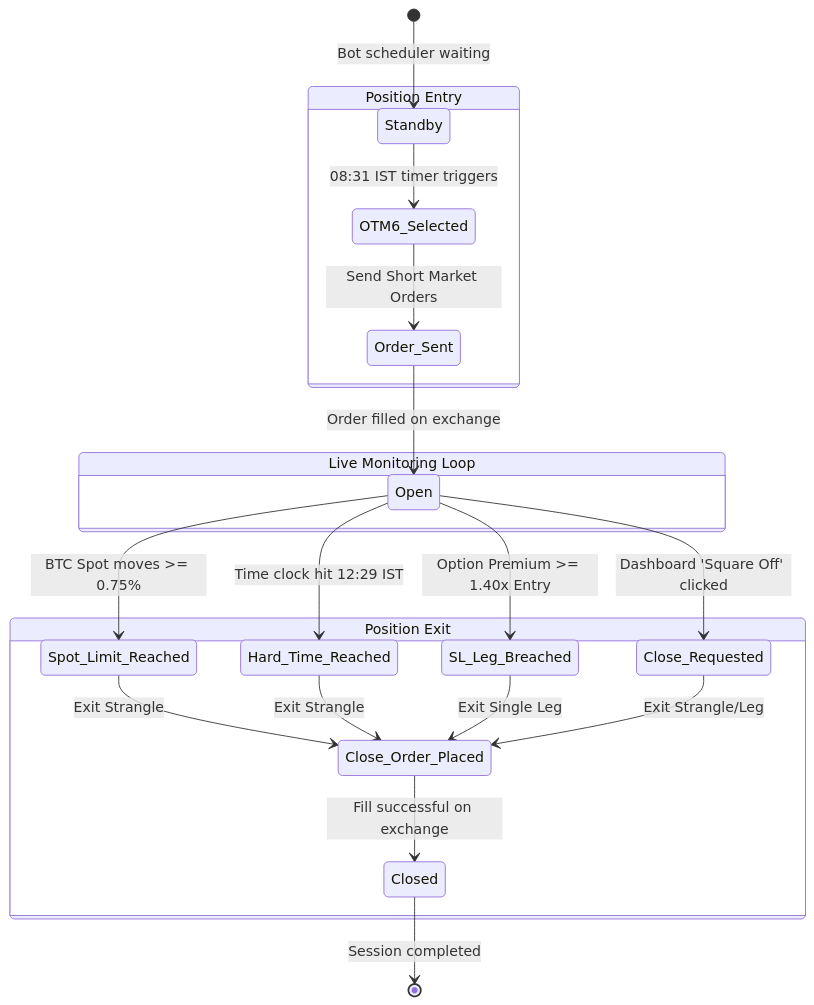
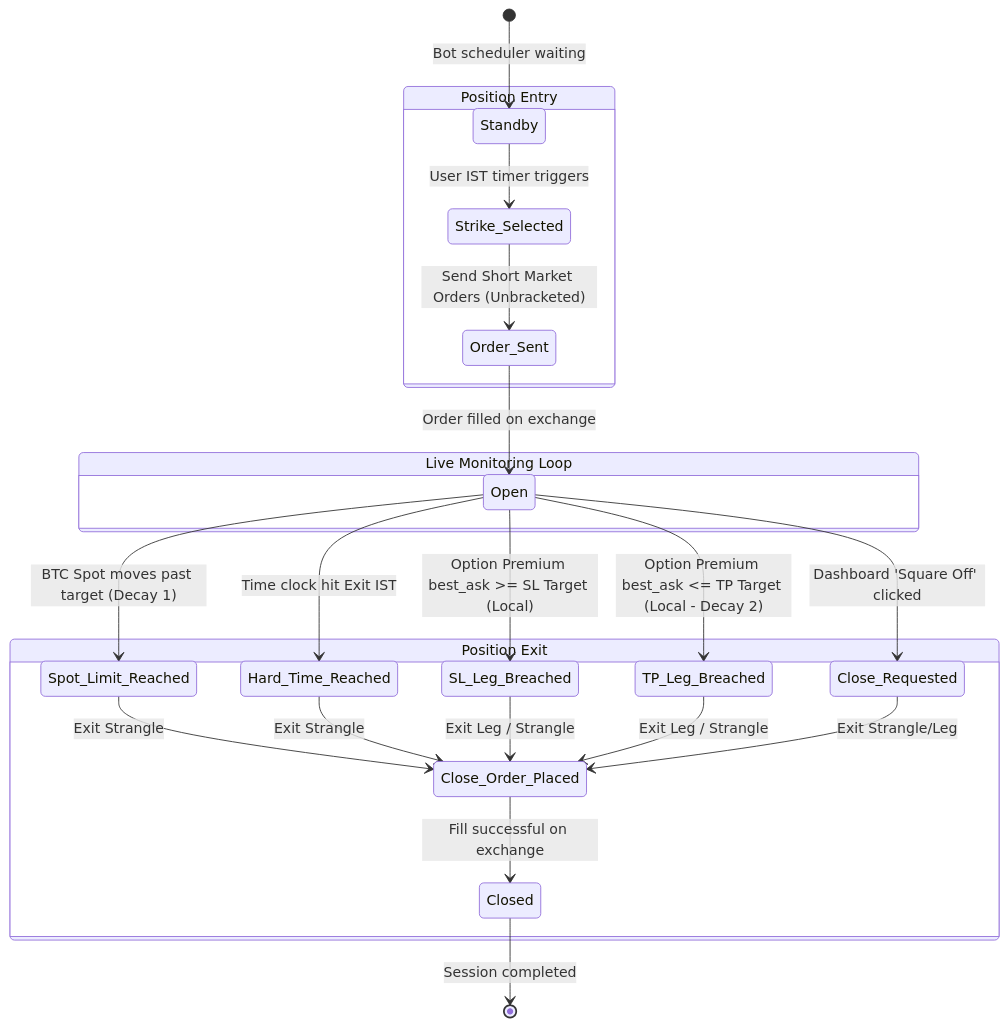
One commit to Vitti-Capital-Tech/Vitti_Bot changed the second of 2 diagrams in docs/LLD.md. Above: the diagram before and after it, drawn with Mermaid. The commit also changed other lines of this file and 8 other files, not shown here.

````diff
--- a/docs/LLD.md
+++ b/docs/LLD.md
@@ -143,28 +119,30 @@
 ```mermaid
 stateDiagram-v2
     [*] --> Standby: Bot scheduler waiting
     
     state "Position Entry" as Entry {
-        Standby --> OTM6_Selected: 08:31 IST timer triggers
-        OTM6_Selected --> Order_Sent: Send Short Market Orders
+        Standby --> Strike_Selected: User IST timer triggers
+        Strike_Selected --> Order_Sent: Send Short Market Orders (Unbracketed)
         Order_Sent --> Open: Order filled on exchange
     }
 
     state "Live Monitoring Loop" as Loop {
-        Open --> Spot_Limit_Reached: BTC Spot moves >= 0.75%
-        Open --> Hard_Time_Reached: Time clock hit 12:29 IST
-        Open --> SL_Leg_Breached: Option Premium >= 1.40x Entry
+        Open --> Spot_Limit_Reached: BTC Spot moves past target (Decay 1)
+        Open --> Hard_Time_Reached: Time clock hit Exit IST
+        Open --> SL_Leg_Breached: Option Premium best_ask >= SL Target (Local)
+        Open --> TP_Leg_Breached: Option Premium best_ask <= TP Target (Local - Decay 2)
         Open --> Close_Requested: Dashboard 'Square Off' clicked
     }
 
     state "Position Exit" as Exit {
         Spot_Limit_Reached --> Close_Order_Placed: Exit Strangle
         Hard_Time_Reached --> Close_Order_Placed: Exit Strangle
-        SL_Leg_Breached --> Close_Order_Placed: Exit Single Leg
+        SL_Leg_Breached --> Close_Order_Placed: Exit Leg / Strangle
+        TP_Leg_Breached --> Close_Order_Placed: Exit Leg / Strangle
         Close_Requested --> Close_Order_Placed: Exit Strangle/Leg
         
         Close_Order_Placed --> Closed: Fill successful on exchange
     }
 
     Closed --> [*]: Session completed
 ```
````
